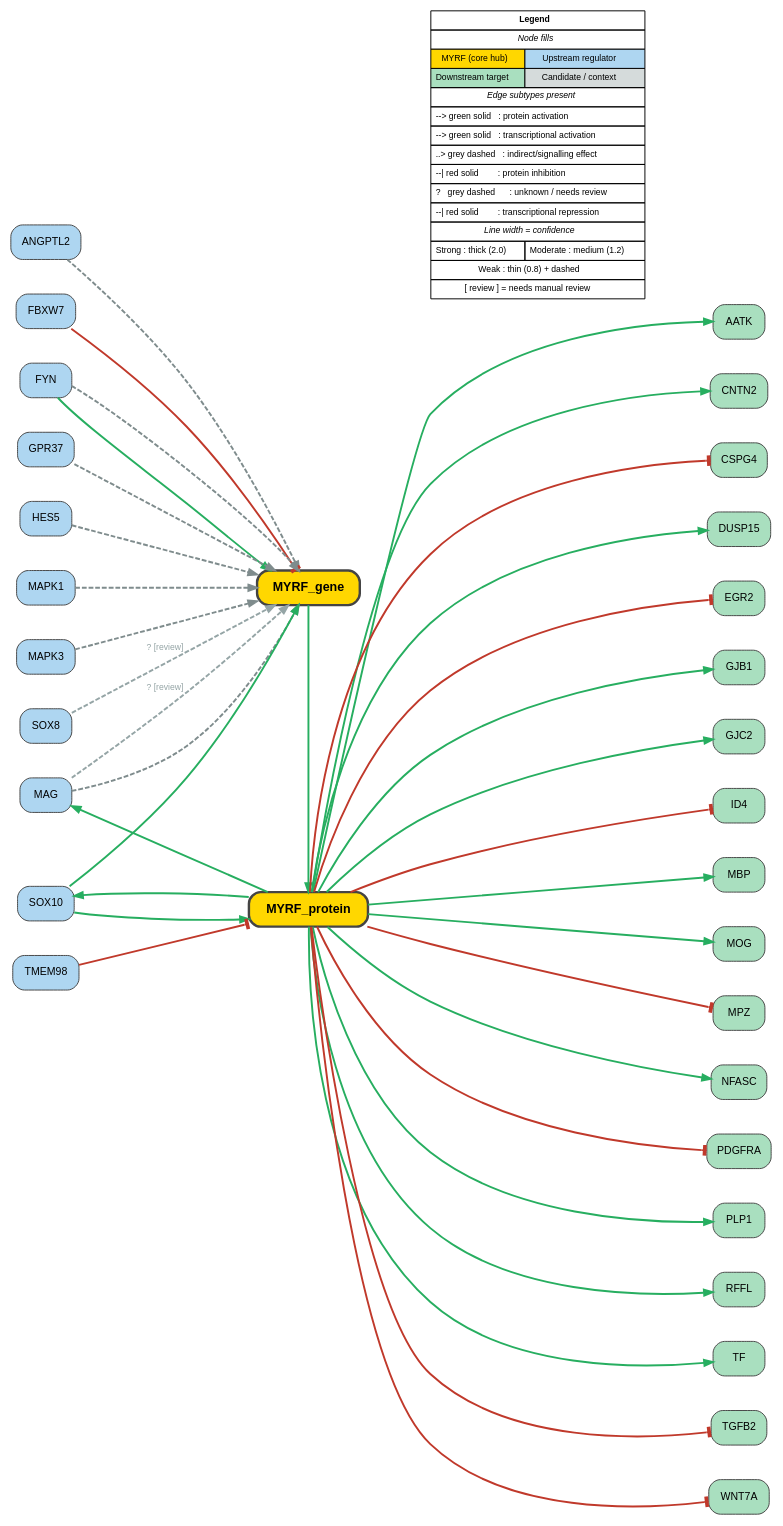
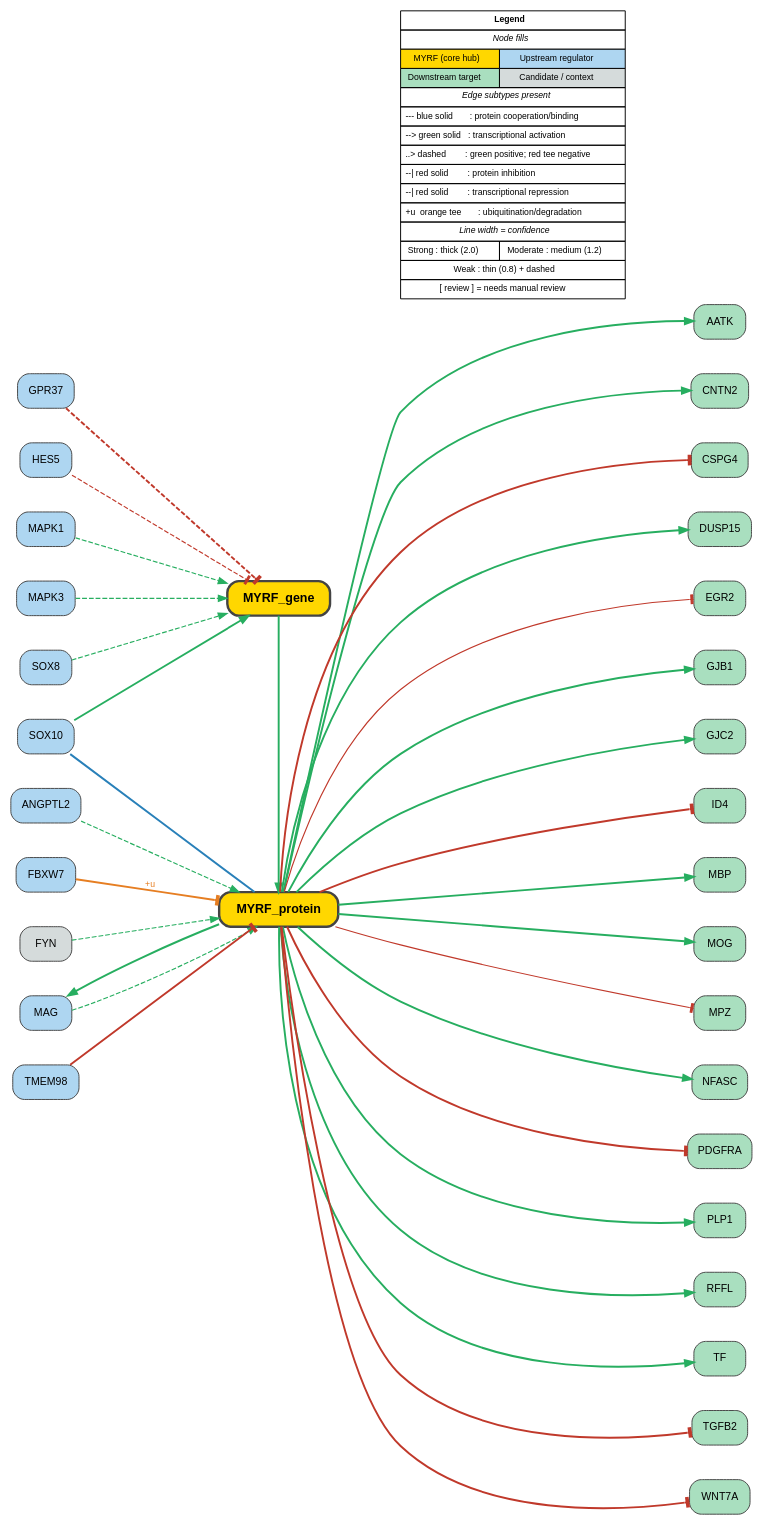
The diagram in output/myrf_final_pathway.dot (uandiqueue/myrf-kegg-pathway), drawn with Graphviz before and after one commit. The commit also changed 27 other files, not shown here.

```diff
--- a/output/myrf_final_pathway.dot
+++ b/output/myrf_final_pathway.dot
@@ -14,14 +14,14 @@
 DUSP15 [label="DUSP15", shape=box, style="filled,rounded", fillcolor="#A9DFBF", color="#444444", penwidth=1.0, fontsize=11, fontname="Helvetica", tooltip="enzyme | ENSG00000149599"];
 EGR2 [label="EGR2", shape=box, style="filled,rounded", fillcolor="#A9DFBF", color="#444444", penwidth=1.0, fontsize=11, fontname="Helvetica", tooltip="transcription_factor | ENSG00000122877"];
 FBXW7 [label="FBXW7", shape=box, style="filled,rounded", fillcolor="#AED6F1", color="#444444", penwidth=1.0, fontsize=11, fontname="Helvetica", tooltip="enzyme | ENSG00000109670"];
-FYN [label="FYN", shape=box, style="filled,rounded", fillcolor="#AED6F1", color="#444444", penwidth=1.0, fontsize=11, fontname="Helvetica", tooltip="enzyme | ENSG00000010810"];
+FYN [label="FYN", shape=box, style="filled,rounded", fillcolor="#D5DBDB", color="#444444", penwidth=1.0, fontsize=11, fontname="Helvetica", tooltip="enzyme | ENSG00000010810"];
 GJB1 [label="GJB1", shape=box, style="filled,rounded", fillcolor="#A9DFBF", color="#444444", penwidth=1.0, fontsize=11, fontname="Helvetica", tooltip="protein | ENSG00000169562"];
 GJC2 [label="GJC2", shape=box, style="filled,rounded", fillcolor="#A9DFBF", color="#444444", penwidth=1.0, fontsize=11, fontname="Helvetica", tooltip="protein | ENSG00000198835"];
 GPR37 [label="GPR37", shape=box, style="filled,rounded", fillcolor="#AED6F1", color="#444444", penwidth=1.0, fontsize=11, fontname="Helvetica", tooltip="protein | ENSG00000170775"];
 HES5 [label="HES5", shape=box, style="filled,rounded", fillcolor="#AED6F1", color="#444444", penwidth=1.0, fontsize=11, fontname="Helvetica", tooltip="transcription_factor | ENSG00000197921"];
 ID4 [label="ID4", shape=box, style="filled,rounded", fillcolor="#A9DFBF", color="#444444", penwidth=1.0, fontsize=11, fontname="Helvetica", tooltip="transcription_factor | ENSG00000172201"];
 MAG [label="MAG", shape=box, style="filled,rounded", fillcolor="#AED6F1", color="#444444", penwidth=1.0, fontsize=11, fontname="Helvetica", tooltip="protein | ENSG00000105695"];
-MAPK1 [label="MAPK1", shape=box, style="filled,rounded", fillcolor="#AED6F1", color="#444444", penwidth=1.0, fontsize=11, fontname="Helvetica", tooltip="enzyme | ENSG00000102882"];
+MAPK1 [label="MAPK1", shape=box, style="filled,rounded", fillcolor="#AED6F1", color="#444444", penwidth=1.0, fontsize=11, fontname="Helvetica", tooltip="enzyme | ENSG00000100030"];
 MAPK3 [label="MAPK3", shape=box, style="filled,rounded", fillcolor="#AED6F1", color="#444444", penwidth=1.0, fontsize=11, fontname="Helvetica", tooltip="enzyme | ENSG00000102882"];
 MBP [label="MBP", shape=box, style="filled,rounded", fillcolor="#A9DFBF", color="#444444", penwidth=1.0, fontsize=11, fontname="Helvetica", tooltip="protein | ENSG00000197971"];
 MOG [label="MOG", shape=box, style="filled,rounded", fillcolor="#A9DFBF", color="#444444", penwidth=1.0, fontsize=11, fontname="Helvetica", tooltip="protein | ENSG00000204655"];
@@ -40,78 +40,75 @@
 WNT7A [label="WNT7A", shape=box, style="filled,rounded", fillcolor="#A9DFBF", color="#444444", penwidth=1.0, fontsize=11, fontname="Helvetica", tooltip="protein | ENSG00000154764"];
 subgraph {
 rank=source;
+SOX10;
+FYN;
+SOX8;
 GPR37;
+MAPK1;
+MAG;
+MAPK3;
 HES5;
+TMEM98;
+ANGPTL2;
 FBXW7;
-MAPK1;
-ANGPTL2;
-FYN;
-TMEM98;
-MAPK3;
-MAG;
-SOX8;
-SOX10;
 }
 subgraph {
 rank=same;
+MYRF_protein;
 MYRF_gene;
-MYRF_protein;
 }
 subgraph {
 rank=sink;
+PLP1;
+MOG;
+GJB1;
+CNTN2;
+MPZ;
+TF;
+EGR2;
+DUSP15;
+AATK;
+TGFB2;
 ID4;
-MPZ;
-PLP1;
-TGFB2;
-AATK;
+WNT7A;
+GJC2;
 CSPG4;
+PDGFRA;
+MBP;
 NFASC;
-WNT7A;
-MBP;
 RFFL;
-GJC2;
-CNTN2;
-TF;
-DUSP15;
-MOG;
-EGR2;
-GJB1;
-PDGFRA;
 }
 TMEM98 -> MYRF_protein [label="", color="#C0392B", fontcolor="#C0392B", style="solid", arrowhead=tee, arrowsize=0.9, penwidth=2.0];
-MAG -> MYRF_gene [label="", color="#7F8C8D", fontcolor="#7F8C8D", style="dashed", arrowhead=normal, arrowsize=0.9, penwidth=2.0];
-MAG -> MYRF_gene [label="? [review]", color="#95A5A6", fontcolor="#95A5A6", style="dashed", arrowhead=normal, arrowsize=0.9, penwidth=2.0];
+MAG -> MYRF_protein [label="", color="#27AE60", fontcolor="#27AE60", style="dashed", arrowhead=normal, arrowsize=0.9, penwidth=1.2];
 MYRF_protein -> MAG [label="", color="#27AE60", fontcolor="#27AE60", style="solid", arrowhead=normal, arrowsize=0.9, penwidth=2.0];
-GPR37 -> MYRF_gene [label="", color="#7F8C8D", fontcolor="#7F8C8D", style="dashed", arrowhead=normal, arrowsize=0.9, penwidth=2.0];
+GPR37 -> MYRF_gene [label="", color="#C0392B", fontcolor="#C0392B", style="dashed", arrowhead=tee, arrowsize=0.9, penwidth=2.0];
 MYRF_protein -> TF [label="", color="#27AE60", fontcolor="#27AE60", style="solid", arrowhead=normal, arrowsize=0.9, penwidth=2.0];
 MYRF_protein -> CNTN2 [label="", color="#27AE60", fontcolor="#27AE60", style="solid", arrowhead=normal, arrowsize=0.9, penwidth=2.0];
 MYRF_protein -> PLP1 [label="", color="#27AE60", fontcolor="#27AE60", style="solid", arrowhead=normal, arrowsize=0.9, penwidth=2.0];
 MYRF_protein -> MBP [label="", color="#27AE60", fontcolor="#27AE60", style="solid", arrowhead=normal, arrowsize=0.9, penwidth=2.0];
 SOX10 -> MYRF_gene [label="", color="#27AE60", fontcolor="#27AE60", style="solid", arrowhead=normal, arrowsize=0.9, penwidth=2.0];
-SOX10 -> MYRF_protein [label="", color="#27AE60", fontcolor="#27AE60", style="solid", arrowhead=normal, arrowsize=0.9, penwidth=2.0];
-MYRF_protein -> SOX10 [label="", color="#27AE60", fontcolor="#27AE60", style="solid", arrowhead=normal, arrowsize=0.9, penwidth=2.0];
+SOX10 -> MYRF_protein [label="", color="#2980B9", fontcolor="#2980B9", style="solid", arrowhead=none, arrowsize=0.9, penwidth=2.0, dir="none"];
 MYRF_protein -> AATK [label="", color="#27AE60", fontcolor="#27AE60", style="solid", arrowhead=normal, arrowsize=0.9, penwidth=2.0];
-HES5 -> MYRF_gene [label="", color="#7F8C8D", fontcolor="#7F8C8D", style="dashed", arrowhead=normal, arrowsize=0.9, penwidth=2.0];
+HES5 -> MYRF_gene [label="", color="#C0392B", fontcolor="#C0392B", style="dashed", arrowhead=tee, arrowsize=0.9, penwidth=1.2];
 MYRF_protein -> MOG [label="", color="#27AE60", fontcolor="#27AE60", style="solid", arrowhead=normal, arrowsize=0.9, penwidth=2.0];
 MYRF_protein -> DUSP15 [label="", color="#27AE60", fontcolor="#27AE60", style="solid", arrowhead=normal, arrowsize=0.9, penwidth=2.0];
-SOX8 -> MYRF_gene [label="? [review]", color="#95A5A6", fontcolor="#95A5A6", style="dashed", arrowhead=normal, arrowsize=0.9, penwidth=2.0];
-ANGPTL2 -> MYRF_gene [label="", color="#7F8C8D", fontcolor="#7F8C8D", style="dashed", arrowhead=normal, arrowsize=0.9, penwidth=2.0];
-FYN -> MYRF_gene [label="", color="#27AE60", fontcolor="#27AE60", style="solid", arrowhead=normal, arrowsize=0.9, penwidth=2.0];
-FYN -> MYRF_gene [label="", color="#7F8C8D", fontcolor="#7F8C8D", style="dashed", arrowhead=normal, arrowsize=0.9, penwidth=2.0];
-MAPK1 -> MYRF_gene [label="", color="#7F8C8D", fontcolor="#7F8C8D", style="dashed", arrowhead=normal, arrowsize=0.9, penwidth=2.0];
-MAPK3 -> MYRF_gene [label="", color="#7F8C8D", fontcolor="#7F8C8D", style="dashed", arrowhead=normal, arrowsize=0.9, penwidth=2.0];
+SOX8 -> MYRF_gene [label="", color="#27AE60", fontcolor="#27AE60", style="dashed", arrowhead=normal, arrowsize=0.9, penwidth=1.2];
+ANGPTL2 -> MYRF_protein [label="", color="#27AE60", fontcolor="#27AE60", style="dashed", arrowhead=normal, arrowsize=0.9, penwidth=1.2];
+FYN -> MYRF_protein [label="", color="#27AE60", fontcolor="#27AE60", style="dashed", arrowhead=normal, arrowsize=0.9, penwidth=1.2];
+MAPK1 -> MYRF_gene [label="", color="#27AE60", fontcolor="#27AE60", style="dashed", arrowhead=normal, arrowsize=0.9, penwidth=1.2];
+MAPK3 -> MYRF_gene [label="", color="#27AE60", fontcolor="#27AE60", style="dashed", arrowhead=normal, arrowsize=0.9, penwidth=1.2];
 MYRF_protein -> RFFL [label="", color="#27AE60", fontcolor="#27AE60", style="solid", arrowhead=normal, arrowsize=0.9, penwidth=2.0];
 MYRF_protein -> NFASC [label="", color="#27AE60", fontcolor="#27AE60", style="solid", arrowhead=normal, arrowsize=0.9, penwidth=2.0];
 MYRF_protein -> GJC2 [label="", color="#27AE60", fontcolor="#27AE60", style="solid", arrowhead=normal, arrowsize=0.9, penwidth=2.0];
 MYRF_protein -> GJB1 [label="", color="#27AE60", fontcolor="#27AE60", style="solid", arrowhead=normal, arrowsize=0.9, penwidth=2.0];
-MYRF_protein -> MPZ [label="", color="#C0392B", fontcolor="#C0392B", style="solid", arrowhead=tee, arrowsize=0.9, penwidth=2.0];
-MYRF_protein -> EGR2 [label="", color="#C0392B", fontcolor="#C0392B", style="solid", arrowhead=tee, arrowsize=0.9, penwidth=2.0];
+MYRF_protein -> MPZ [label="", color="#C0392B", fontcolor="#C0392B", style="solid", arrowhead=tee, arrowsize=0.9, penwidth=1.2];
+MYRF_protein -> EGR2 [label="", color="#C0392B", fontcolor="#C0392B", style="solid", arrowhead=tee, arrowsize=0.9, penwidth=1.2];
 MYRF_protein -> TGFB2 [label="", color="#C0392B", fontcolor="#C0392B", style="solid", arrowhead=tee, arrowsize=0.9, penwidth=2.0];
 MYRF_protein -> ID4 [label="", color="#C0392B", fontcolor="#C0392B", style="solid", arrowhead=tee, arrowsize=0.9, penwidth=2.0];
 MYRF_protein -> WNT7A [label="", color="#C0392B", fontcolor="#C0392B", style="solid", arrowhead=tee, arrowsize=0.9, penwidth=2.0];
 MYRF_protein -> CSPG4 [label="", color="#C0392B", fontcolor="#C0392B", style="solid", arrowhead=tee, arrowsize=0.9, penwidth=2.0];
 MYRF_protein -> PDGFRA [label="", color="#C0392B", fontcolor="#C0392B", style="solid", arrowhead=tee, arrowsize=0.9, penwidth=2.0];
-FBXW7 -> MYRF_gene [label="", color="#C0392B", fontcolor="#C0392B", style="solid", arrowhead=tee, arrowsize=0.9, penwidth=2.0];
+FBXW7 -> MYRF_protein [label="+u", color="#E67E22", fontcolor="#E67E22", style="solid", arrowhead=tee, arrowsize=0.9, penwidth=2.0];
 MYRF_gene -> MYRF_protein [label="", color="#27AE60", fontcolor="#27AE60", style="solid", arrowhead=normal, arrowsize=0.9, penwidth=2.0];
 legend_box [label=<<TABLE BORDER="0" CELLBORDER="1" CELLSPACING="0" CELLPADDING="4">
 <TR><TD COLSPAN="2" ALIGN="CENTER"><B>Legend</B></TD></TR>
@@ -119,12 +116,12 @@
 <TR><TD BGCOLOR="#FFD700">MYRF (core hub)</TD><TD BGCOLOR="#AED6F1">Upstream regulator</TD></TR>
 <TR><TD BGCOLOR="#A9DFBF">Downstream target</TD><TD BGCOLOR="#D5DBDB">Candidate / context</TD></TR>
 <TR><TD COLSPAN="2" ALIGN="CENTER"><I>Edge subtypes present</I></TD></TR>
-<TR><TD COLSPAN="2" ALIGN="LEFT">--&gt; green solid   : protein activation</TD></TR>
+<TR><TD COLSPAN="2" ALIGN="LEFT">--- blue solid       : protein cooperation/binding</TD></TR>
 <TR><TD COLSPAN="2" ALIGN="LEFT">--&gt; green solid   : transcriptional activation</TD></TR>
-<TR><TD COLSPAN="2" ALIGN="LEFT">..&gt; grey dashed   : indirect/signalling effect</TD></TR>
+<TR><TD COLSPAN="2" ALIGN="LEFT">..&gt; dashed        : green positive; red tee negative</TD></TR>
 <TR><TD COLSPAN="2" ALIGN="LEFT">--| red solid        : protein inhibition</TD></TR>
-<TR><TD COLSPAN="2" ALIGN="LEFT">?   grey dashed      : unknown / needs review</TD></TR>
 <TR><TD COLSPAN="2" ALIGN="LEFT">--| red solid        : transcriptional repression</TD></TR>
+<TR><TD COLSPAN="2" ALIGN="LEFT">+u  orange tee       : ubiquitination/degradation</TD></TR>
 <TR><TD COLSPAN="2" ALIGN="CENTER"><I>Line width = confidence</I></TD></TR>
 <TR><TD>Strong : thick (2.0)</TD><TD>Moderate : medium (1.2)</TD></TR>
 <TR><TD COLSPAN="2">Weak : thin (0.8) + dashed</TD></TR>
```
